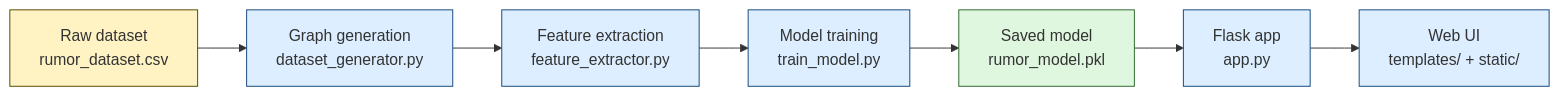
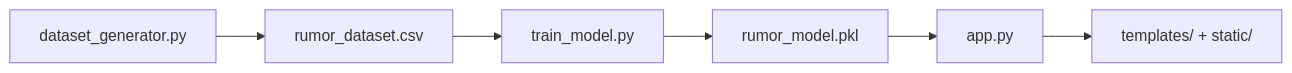
The diagram in about.md (aadukcr7/Graph_Theroy_rumor_detection), drawn with Mermaid before and after one commit. The commit also changed other lines of this file, not shown here.

````diff
--- a/about.md
+++ b/about.md
@@ -16,16 +16,8 @@
 ```mermaid
 flowchart LR
-    A[Raw dataset<br/>rumor_dataset.csv] --> B[Graph generation<br/>dataset_generator.py]
-    B --> C[Feature extraction<br/>feature_extractor.py]
-    C --> D[Model training<br/>train_model.py]
-    D --> E[Saved model<br/>rumor_model.pkl]
-    E --> F[Flask app<br/>app.py]
-    F --> G[Web UI<br/>templates/ + static/]
-
-    classDef dataStyle fill:#FFF3C4,stroke:#5A4B00,stroke-width:1px;
-    classDef processStyle fill:#DCEEFF,stroke:#174A7E,stroke-width:1px;
-    classDef modelStyle fill:#DFF7DF,stroke:#2E6B2E,stroke-width:1px;
-    class A dataStyle;
-    class B,C,D,F,G processStyle;
-    class E modelStyle;
+    A[dataset_generator.py] --> B[rumor_dataset.csv]
+    B --> C[train_model.py]
+    C --> D[rumor_model.pkl]
+    D --> E[app.py]
+    E --> F[templates/ + static/]
 ```
````
